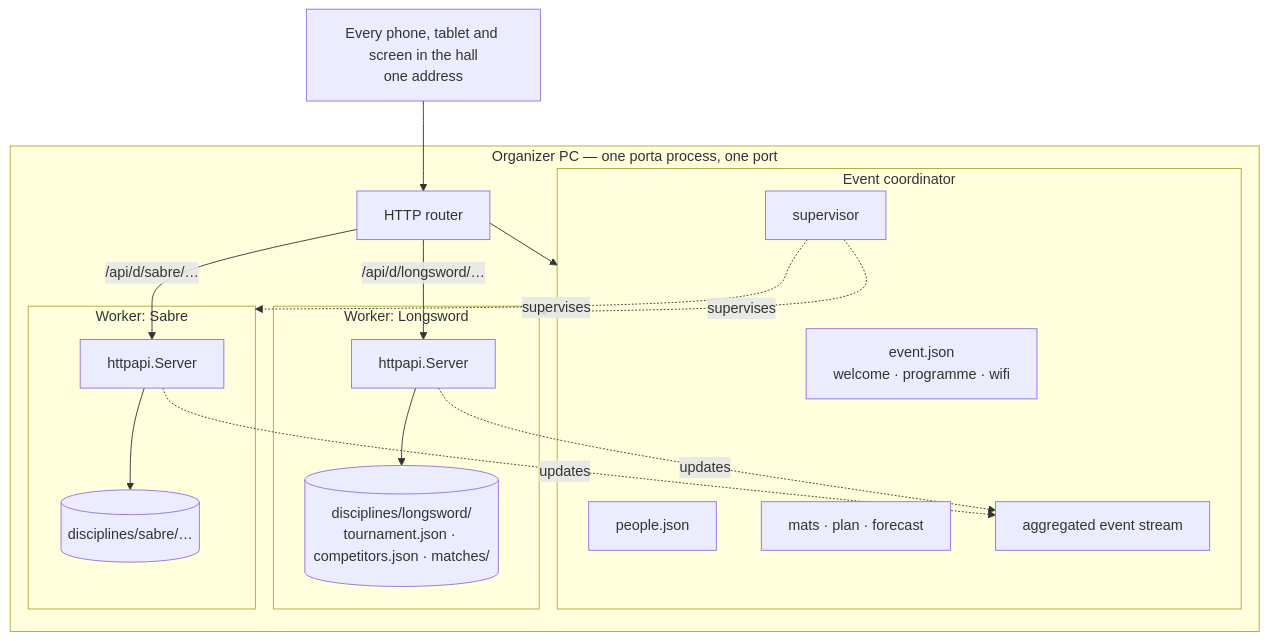
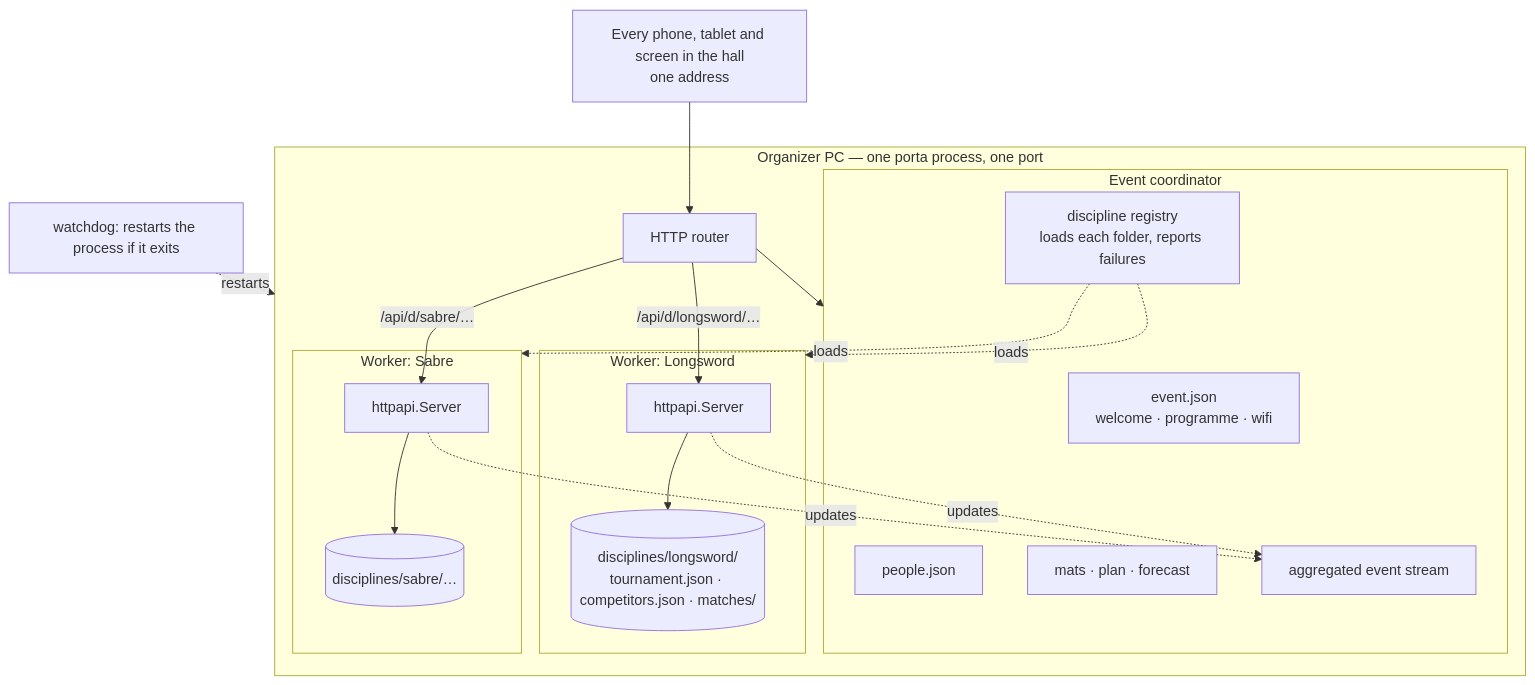
The first of 3 diagrams in docs/proposals/one-event-many-disciplines.md (fylke/porta-di-ferro), drawn with Mermaid before and after one commit. The commit also changed other lines of this file, not shown here.

First line of the commit message:
docs: challenge the process-per-discipline premise

````diff
--- a/docs/proposals/one-event-many-disciplines.md
+++ b/docs/proposals/one-event-many-disciplines.md
@@ -299,27 +367,28 @@
 ```mermaid
 flowchart TB
     subgraph PC["Organizer PC — one porta process, one port"]
         Router["HTTP router"]
         subgraph Coord["Event coordinator"]
             EventState["event.json<br/>welcome · programme · wifi"]
             People["people.json"]
             Plan["mats · plan · forecast"]
             Agg["aggregated event stream"]
-            Sup["supervisor"]
+            Reg["discipline registry<br/>loads each folder, reports failures"]
         end
         subgraph W1["Worker: Longsword"]
             S1["httpapi.Server"] --> F1[("disciplines/longsword/<br/>tournament.json · competitors.json · matches/")]
         end
         subgraph W2["Worker: Sabre"]
             S2["httpapi.Server"] --> F2[("disciplines/sabre/…")]
         end
         Router --> Coord
         Router -- "/api/d/longsword/…" --> S1
         Router -- "/api/d/sabre/…" --> S2
-        Sup -. supervises .-> W1
-        Sup -. supervises .-> W2
+        Reg -. loads .-> W1
+        Reg -. loads .-> W2
         S1 -. updates .-> Agg
         S2 -. updates .-> Agg
     end
     Phones["Every phone, tablet and screen in the hall<br/>one address"] --> Router
+    Watchdog["watchdog: restarts the process if it exits"] -. restarts .-> PC
 ```
````
